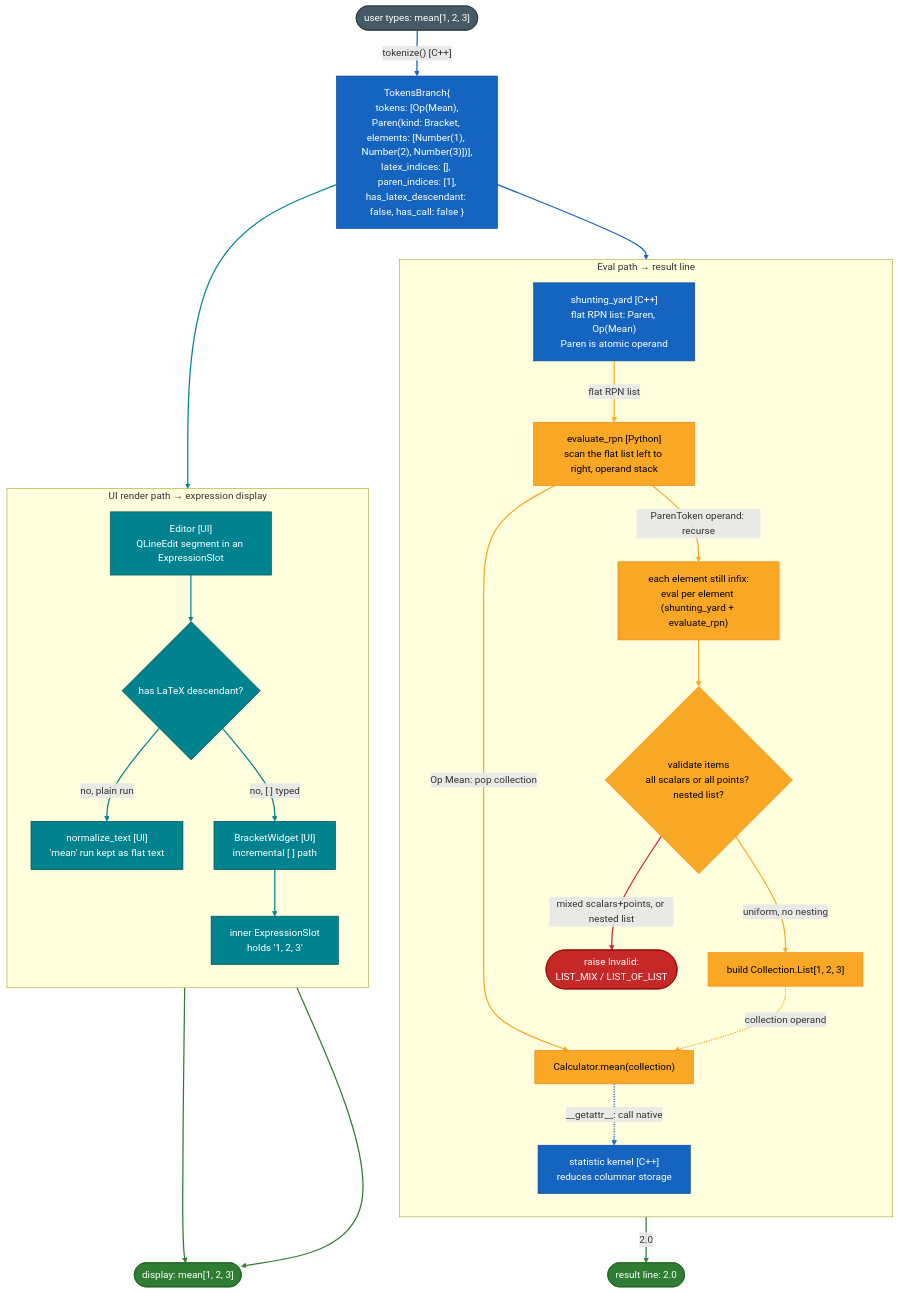
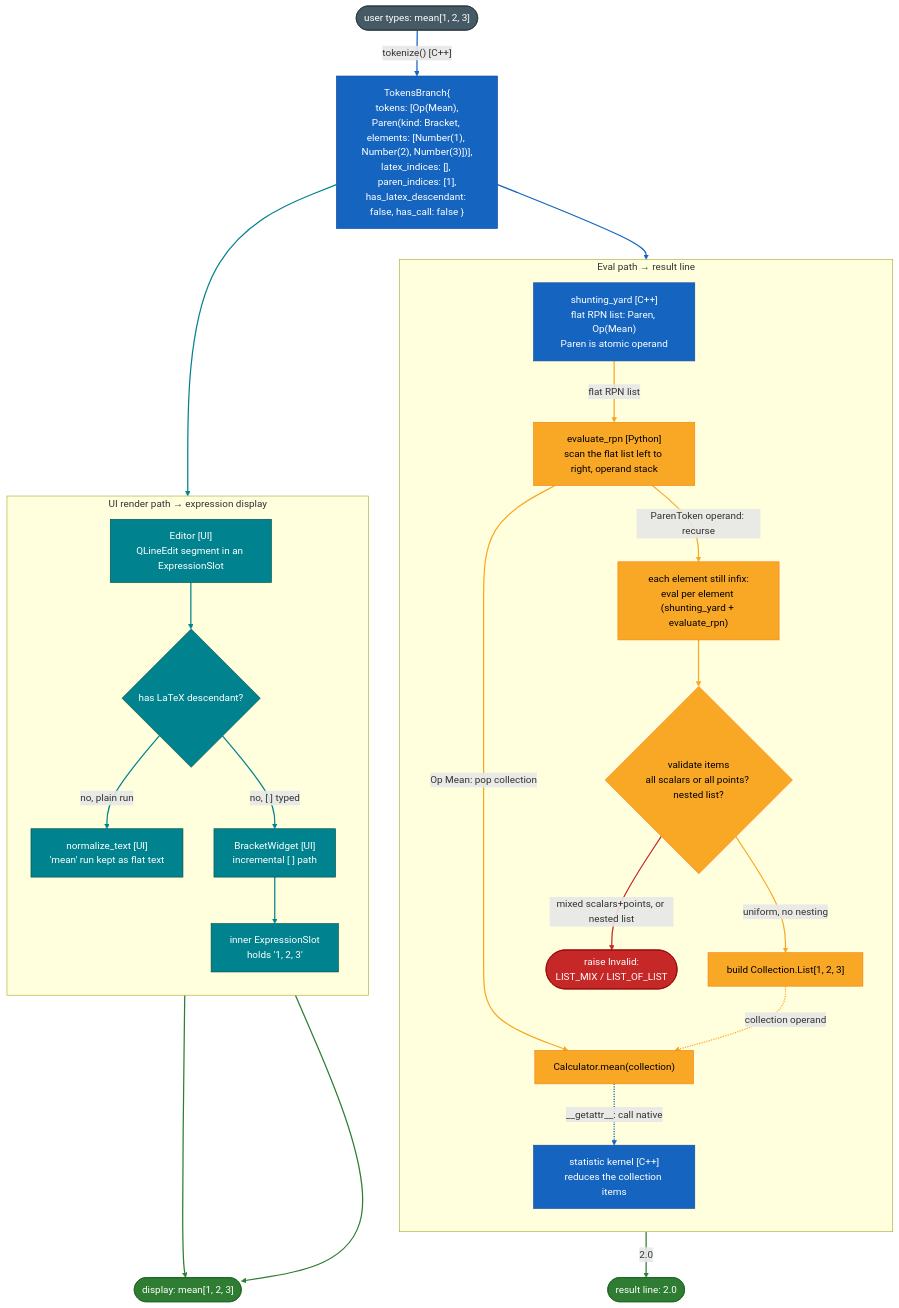
Before and after one commit to 0x74h51N/TCalc: the third of 3 diagrams in docs/architecture.md, drawn with Mermaid. The commit also changed other lines of this file, not shown here.

Commit message:
fix/doc: clarify Collection is AoS, SoA only drafted

````diff
--- a/docs/architecture.md
+++ b/docs/architecture.md
@@ -194,63 +194,63 @@
 ```mermaid
 flowchart TD
     IN(["user types: mean[1, 2, 3]"])
     IN -->|"tokenize() [C++]"| TB["TokensBranch{<br/>tokens: [Op(Mean),<br/>Paren(kind: Bracket, elements: [Number(1), Number(2), Number(3)])],<br/>latex_indices: [], paren_indices: [1],<br/>has_latex_descendant: false, has_call: false }"]
 
     subgraph EVAL ["Eval path &rarr; result line"]
         direction TB
         SY["shunting_yard [C++]<br/>flat RPN list: Paren, Op(Mean)<br/>Paren is atomic operand"]
         RUN["evaluate_rpn [Python]<br/>scan the flat list left to right, operand stack"]
         B1["each element still infix:<br/>eval per element (shunting_yard + evaluate_rpn)"]
         B2{"validate items<br/>all scalars or all points? nested list?"}
         B3["build Collection.List[1, 2, 3]"]
         ERR(["raise Invalid:<br/>LIST_MIX / LIST_OF_LIST"])
         RED["Calculator.mean(collection)"]
-        KERN["statistic kernel [C++]<br/>reduces columnar storage"]
+        KERN["statistic kernel [C++]<br/>reduces the collection items"]
         SY -->|flat RPN list| RUN
         RUN -->|"ParenToken operand: recurse"| B1
         B1 --> B2
         B2 -->|"uniform, no nesting"| B3
         B2 -->|"mixed scalars+points, or nested list"| ERR
         RUN -->|"Op Mean: pop collection"| RED
         B3 -.->|"collection operand"| RED
         RED -.->|"__getattr__: call native"| KERN
     end
 
     subgraph REND ["UI render path &rarr; expression display"]
         direction TB
         ED["Editor [UI]<br/>QLineEdit segment in an ExpressionSlot"]
         GATE{"has LaTeX descendant?"}
         NORM["normalize_text [UI]<br/>'mean' run kept as flat text"]
         BW["BracketWidget [UI]<br/>incremental [ ] path"]
         INNER["inner ExpressionSlot<br/>holds '1, 2, 3'"]
         ED --> GATE
         GATE -->|"no, plain run"| NORM
         GATE -->|"no, [ ] typed"| BW
         BW --> INNER
     end
 
     TB --> SY
     TB --> ED
     KERN -->|"2.0"| RES(["result line: 2.0"])
     NORM --> DISP(["display: mean[1, 2, 3]"])
     INNER --> DISP
 
     classDef input fill:#455a64,stroke:#263238,color:#fff;
     classDef cpp fill:#1565c0,stroke:#0d47a1,color:#fff;
     classDef py fill:#f9a825,stroke:#f57f17,color:#000;
     classDef ui fill:#00838f,stroke:#004d40,color:#fff;
     classDef out fill:#2e7d32,stroke:#1b5e20,color:#fff;
     classDef err fill:#c62828,stroke:#8e0000,color:#fff;
     class IN input;
     class TB,SY,KERN cpp;
     class RUN,B1,B2,B3,RED py;
     class ED,GATE,NORM,BW,INNER ui;
     class RES,DISP out;
     class ERR err;
 
     linkStyle 0,8,13 stroke:#1565c0,stroke-width:2px;
     linkStyle 1,2,3,4,6,7 stroke:#f9a825,stroke-width:2px;
     linkStyle 5 stroke:#c62828,stroke-width:2px;
     linkStyle 9,10,11,12,14 stroke:#00838f,stroke-width:2px;
     linkStyle 15,16,17 stroke:#2e7d32,stroke-width:2px;
 ```
````
